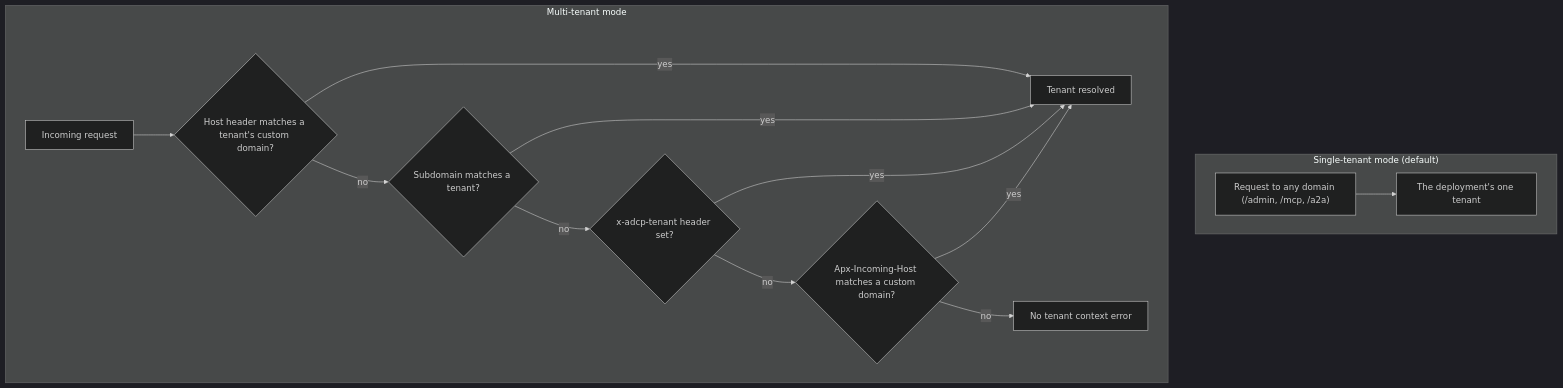
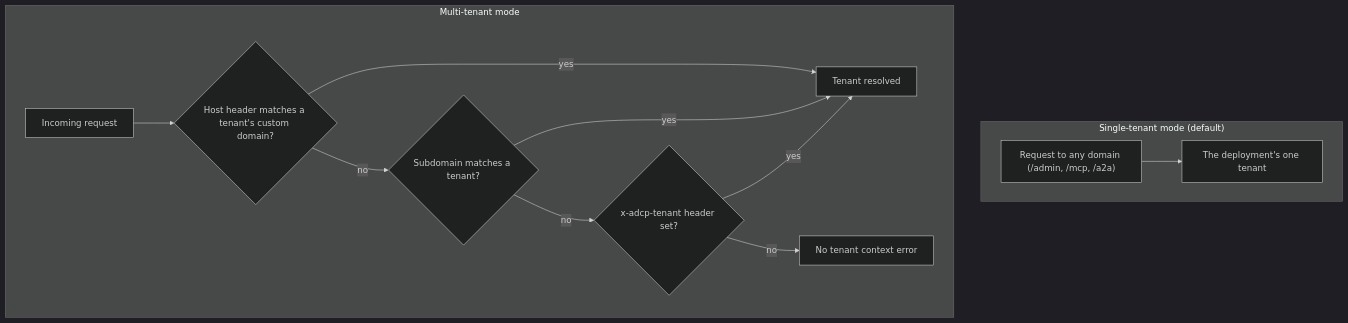
The diagram in docs/deployment/multi-tenant.md (KonstantinMirin/prebid-salesagent), drawn with Mermaid (dark theme) before and after one commit. The commit also changed other lines of this file and 19 other files, not shown here.

````diff
--- a/docs/deployment/multi-tenant.md
+++ b/docs/deployment/multi-tenant.md
@@ -15,18 +15,16 @@
 ```mermaid
 flowchart TD
     subgraph Single["Single-tenant mode (default)"]
         SReq["Request to any domain (/admin, /mcp, /a2a)"] --> STen["The deployment's one tenant"]
     end
 
     subgraph Multi["Multi-tenant mode"]
         MReq["Incoming request"] --> VH{"Host header matches a tenant's custom domain?"}
         VH -- yes --> Ten["Tenant resolved"]
         VH -- no --> SD{"Subdomain matches a tenant?"}
         SD -- yes --> Ten
         SD -- no --> XH{"x-adcp-tenant header set?"}
         XH -- yes --> Ten
-        XH -- no --> APX{"Apx-Incoming-Host matches a custom domain?"}
-        APX -- yes --> Ten
-        APX -- no --> Err["No tenant context error"]
+        XH -- no --> Err["No tenant context error"]
     end
 ```
````
